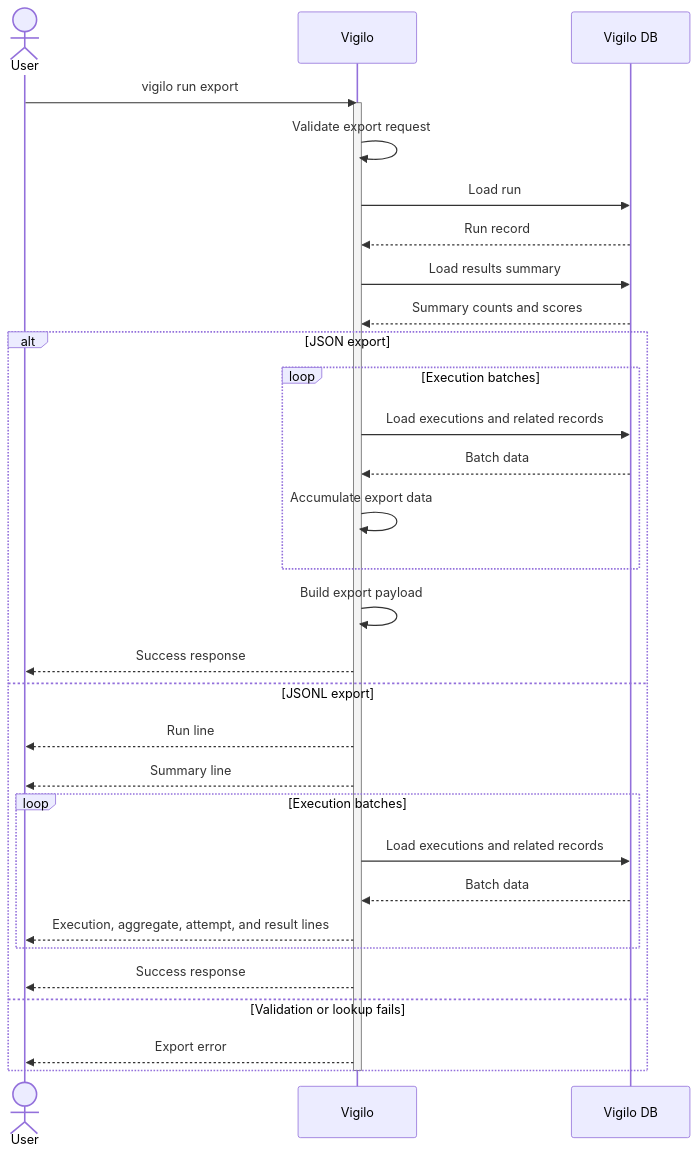
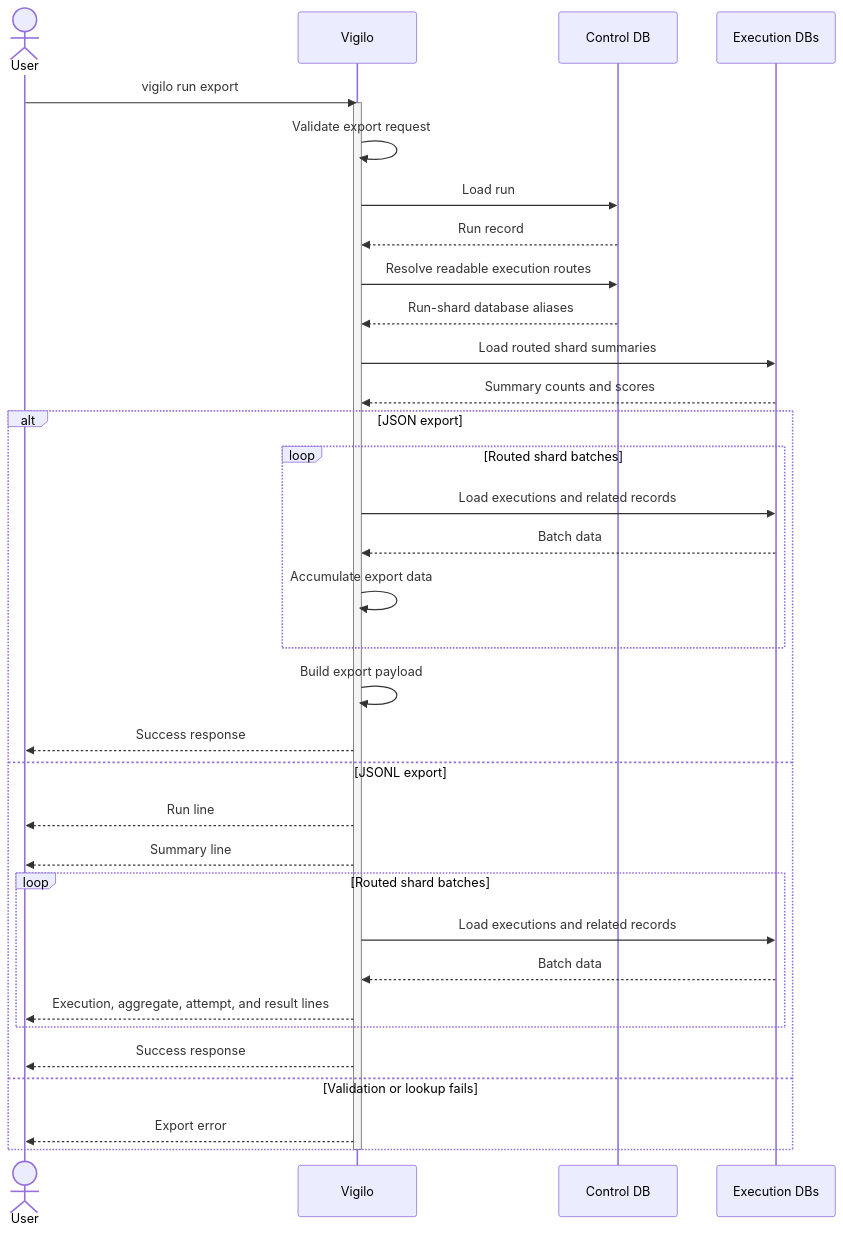
Before and after one commit to gregl83/agent-vigilo: the diagram in web/docs/architecture/flows/run/export/execution-flow.mmd, drawn with Mermaid. The commit also changed 16 other files, not shown here.

```diff
--- a/web/docs/architecture/flows/run/export/execution-flow.mmd
+++ b/web/docs/architecture/flows/run/export/execution-flow.mmd
@@ -1,44 +1,47 @@
 ---
 config:
   flowchart:
     nodeSpacing: 150
     rankSpacing: 80
   themeVariables:
     edgeLabelBackground: 'transparent'
 ---
 sequenceDiagram
     actor User
     participant Vigilo
-    participant DB as Vigilo DB
+    participant ControlDB as Control DB
+    participant ExecutionDB as Execution DBs
 
     User->>Vigilo: vigilo run export
     activate Vigilo
 
     Vigilo->>Vigilo: Validate export request
-    Vigilo->>DB: Load run
-    DB-->>Vigilo: Run record
-    Vigilo->>DB: Load results summary
-    DB-->>Vigilo: Summary counts and scores
+    Vigilo->>ControlDB: Load run
+    ControlDB-->>Vigilo: Run record
+    Vigilo->>ControlDB: Resolve readable execution routes
+    ControlDB-->>Vigilo: Run-shard database aliases
+    Vigilo->>ExecutionDB: Load routed shard summaries
+    ExecutionDB-->>Vigilo: Summary counts and scores
 
     alt JSON export
-        loop Execution batches
-            Vigilo->>DB: Load executions and related records
-            DB-->>Vigilo: Batch data
+        loop Routed shard batches
+            Vigilo->>ExecutionDB: Load executions and related records
+            ExecutionDB-->>Vigilo: Batch data
             Vigilo->>Vigilo: Accumulate export data
         end
         Vigilo->>Vigilo: Build export payload
         Vigilo-->>User: Success response
     else JSONL export
         Vigilo-->>User: Run line
         Vigilo-->>User: Summary line
-        loop Execution batches
-            Vigilo->>DB: Load executions and related records
-            DB-->>Vigilo: Batch data
+        loop Routed shard batches
+            Vigilo->>ExecutionDB: Load executions and related records
+            ExecutionDB-->>Vigilo: Batch data
             Vigilo-->>User: Execution, aggregate, attempt, and result lines
         end
         Vigilo-->>User: Success response
     else Validation or lookup fails
         Vigilo-->>User: Export error
     end
 
     deactivate Vigilo
```
